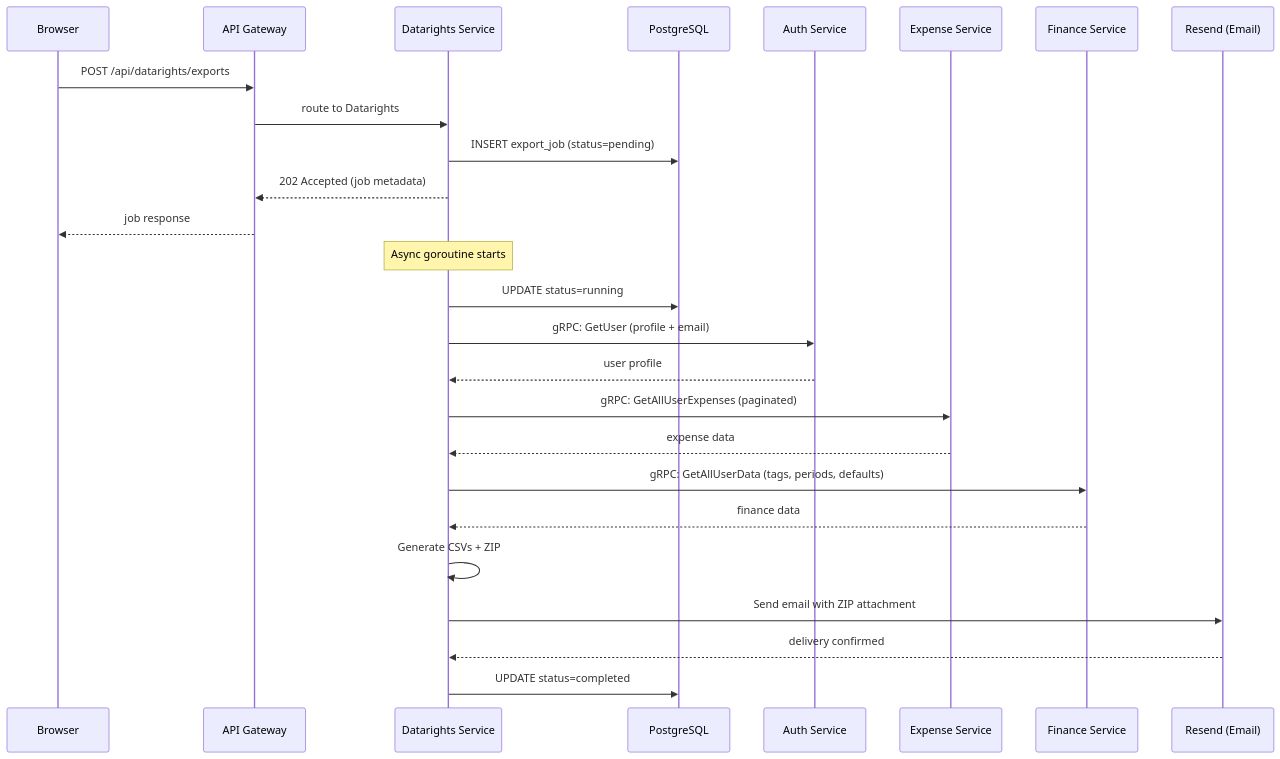
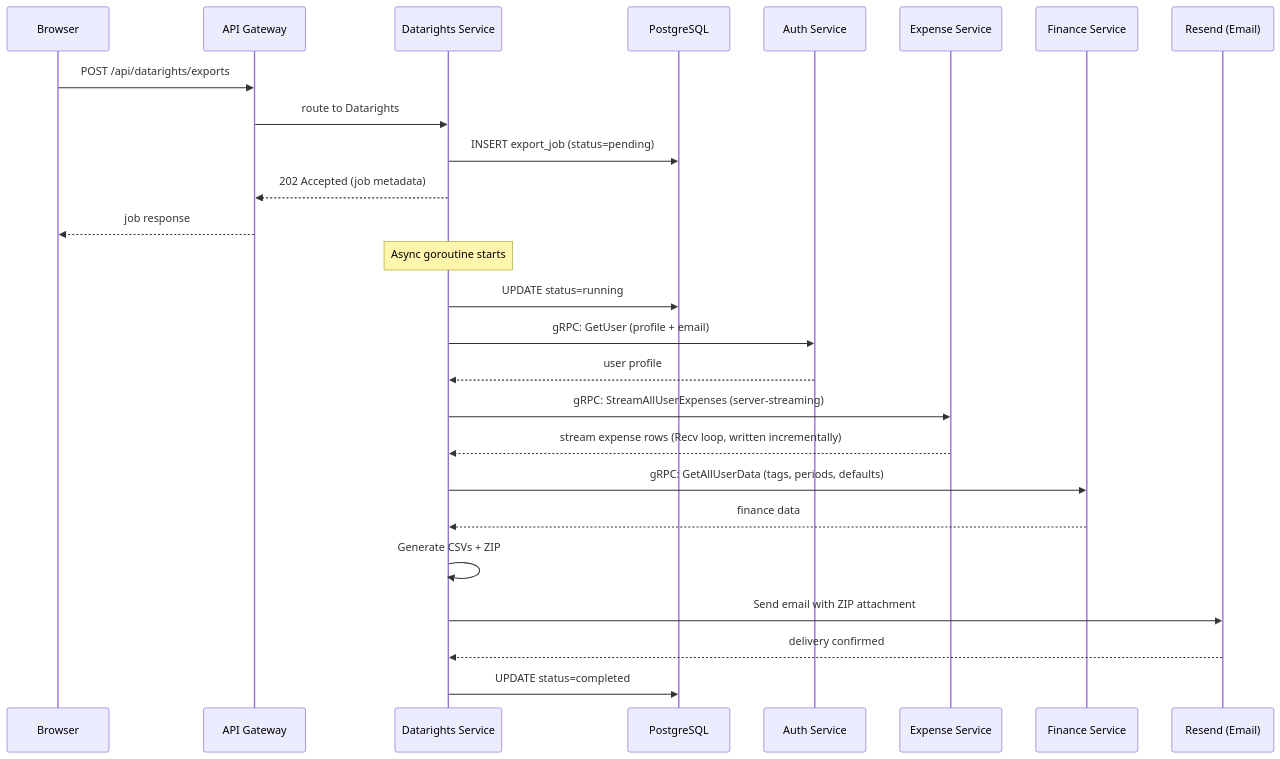
The fifth of 5 diagrams in docs/architecture.md (ItsThompson/gofin), drawn with Mermaid before and after one commit.

Commit message:
docs(datarights): fix export diagram to server-streaming
- update the datarights-export sequence diagram: the expenses read is now StreamAllUserExpenses (server-streaming), not the deleted unary GetAllUserExpenses (paginated) RPC
- reflect the consumer's stream.Recv() loop with incremental writes instead of a buffered paginated response, keeping the diagram internally consistent

````diff
--- a/docs/architecture.md
+++ b/docs/architecture.md
@@ -252,30 +252,30 @@
 ```mermaid
 sequenceDiagram
     participant B as Browser
     participant G as API Gateway
     participant DR as Datarights Service
     participant P as PostgreSQL
     participant A as Auth Service
     participant E as Expense Service
     participant F as Finance Service
     participant R as Resend (Email)
 
     B->>G: POST /api/datarights/exports
     G->>DR: route to Datarights
     DR->>P: INSERT export_job (status=pending)
     DR-->>G: 202 Accepted (job metadata)
     G-->>B: job response
 
     Note over DR: Async goroutine starts
     DR->>P: UPDATE status=running
     DR->>A: gRPC: GetUser (profile + email)
     A-->>DR: user profile
-    DR->>E: gRPC: GetAllUserExpenses (paginated)
-    E-->>DR: expense data
+    DR->>E: gRPC: StreamAllUserExpenses (server-streaming)
+    E-->>DR: stream expense rows (Recv loop, written incrementally)
     DR->>F: gRPC: GetAllUserData (tags, periods, defaults)
     F-->>DR: finance data
     DR->>DR: Generate CSVs + ZIP
     DR->>R: Send email with ZIP attachment
     R-->>DR: delivery confirmed
     DR->>P: UPDATE status=completed
 ```
````
